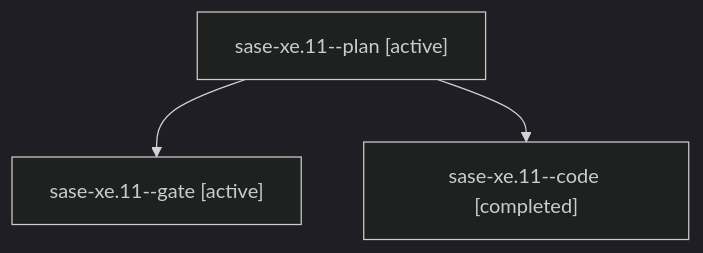
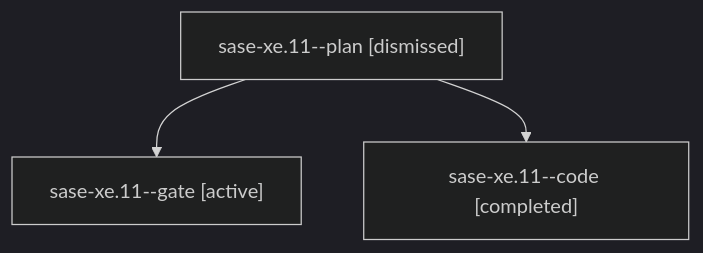
One commit to sase-org/sase--agents changed the diagram in sessions/bbugyi200.athena.sase-xe.11.md. Above: the diagram before and after it, drawn with Mermaid (dark theme). The commit also changed other lines of this file and 277 other files, not shown here.

````diff
--- a/sessions/bbugyi200.athena.sase-xe.11.md
+++ b/sessions/bbugyi200.athena.sase-xe.11.md
@@ -9,8 +9,8 @@
 ```mermaid
 flowchart TD
-  n0["sase-xe.11--plan [active]"]
+  n0["sase-xe.11--plan [dismissed]"]
   n1["sase-xe.11--gate [active]"]
   n0 --> n1
   n2["sase-xe.11--code [completed]"]
   n0 --> n2
 ```
````
